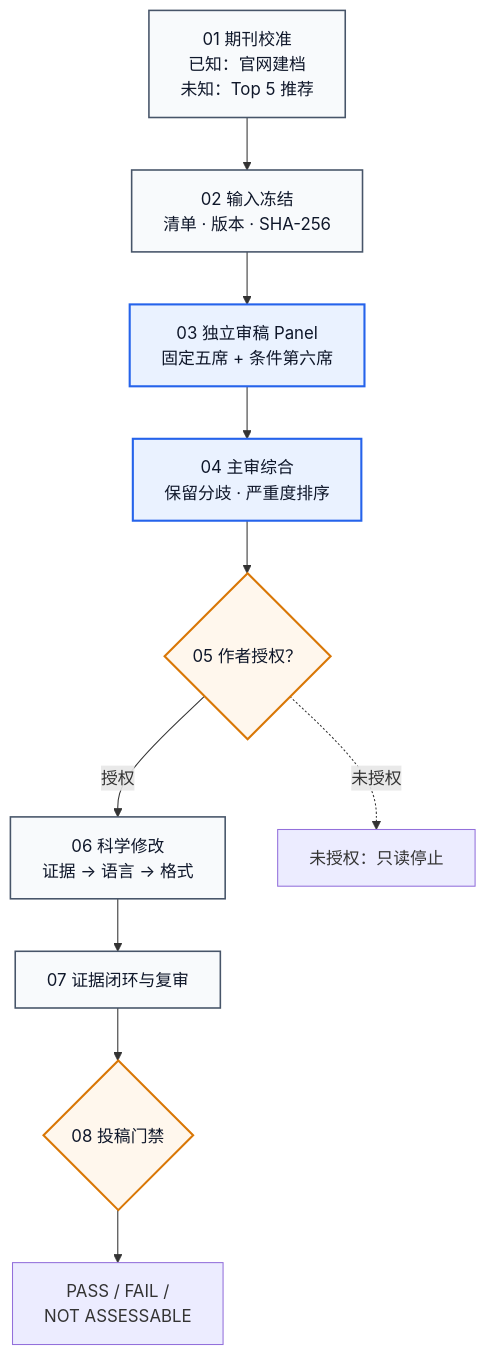
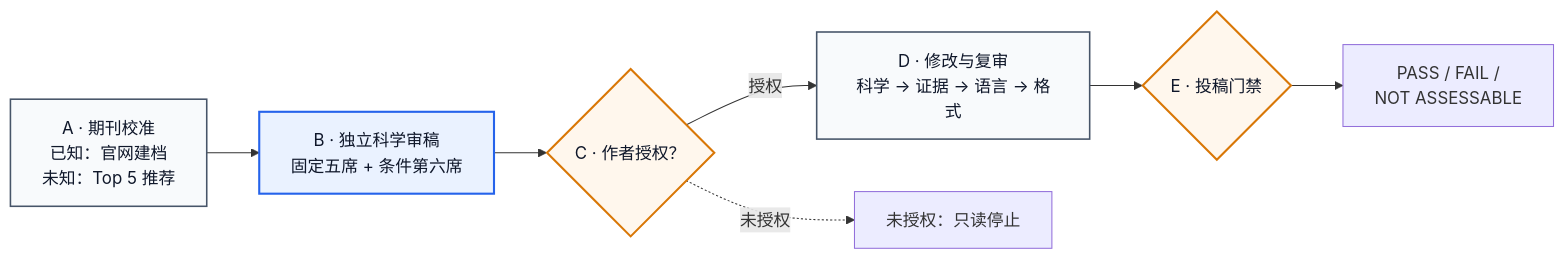
One commit to Jameslxr/manuscript-review-revision-skill changed the diagram in README.md. Above: the diagram before and after it, drawn with Mermaid. The commit also changed 1 other file, not shown here.

Commit message:
Compact the release workflow overview

````diff
--- a/README.md
+++ b/README.md
@@ -62,24 +62,21 @@
 ```mermaid
-flowchart TB
-    J["01 期刊校准<br/>已知：官网建档<br/>未知：Top 5 推荐"]
-    F["02 输入冻结<br/>清单 · 版本 · SHA-256"]
-    P["03 独立审稿 Panel<br/>固定五席 + 条件第六席"]
-    S["04 主审综合<br/>保留分歧 · 严重度排序"]
-    A{"05 作者授权？"}
-    R["06 科学修改<br/>证据 → 语言 → 格式"]
-    C["07 证据闭环与复审"]
-    G{"08 投稿门禁"}
+flowchart LR
+    J["A · 期刊校准<br/>已知：官网建档<br/>未知：Top 5 推荐"]
+    P["B · 独立科学审稿<br/>固定五席 + 条件第六席"]
+    A{"C · 作者授权？"}
+    R["D · 修改与复审<br/>科学 → 证据 → 语言 → 格式"]
+    G{"E · 投稿门禁"}
     O["PASS / FAIL /<br/>NOT ASSESSABLE"]
     STOP["未授权：只读停止"]
 
-    J --> F --> P --> S --> A
-    A -- "授权" --> R --> C --> G --> O
+    J --> P --> A
+    A -- "授权" --> R --> G --> O
     A -. "未授权" .-> STOP
 
     classDef review fill:#EAF2FF,stroke:#2563EB,stroke-width:2px,color:#0F172A;
     classDef gate fill:#FFF7ED,stroke:#D97706,stroke-width:2px,color:#0F172A;
     classDef phase fill:#F8FAFC,stroke:#475569,stroke-width:1.5px,color:#0F172A;
-    class J,F,R,C phase;
-    class P,S review;
+    class J,R phase;
+    class P review;
     class A,G gate;
 ```
````
